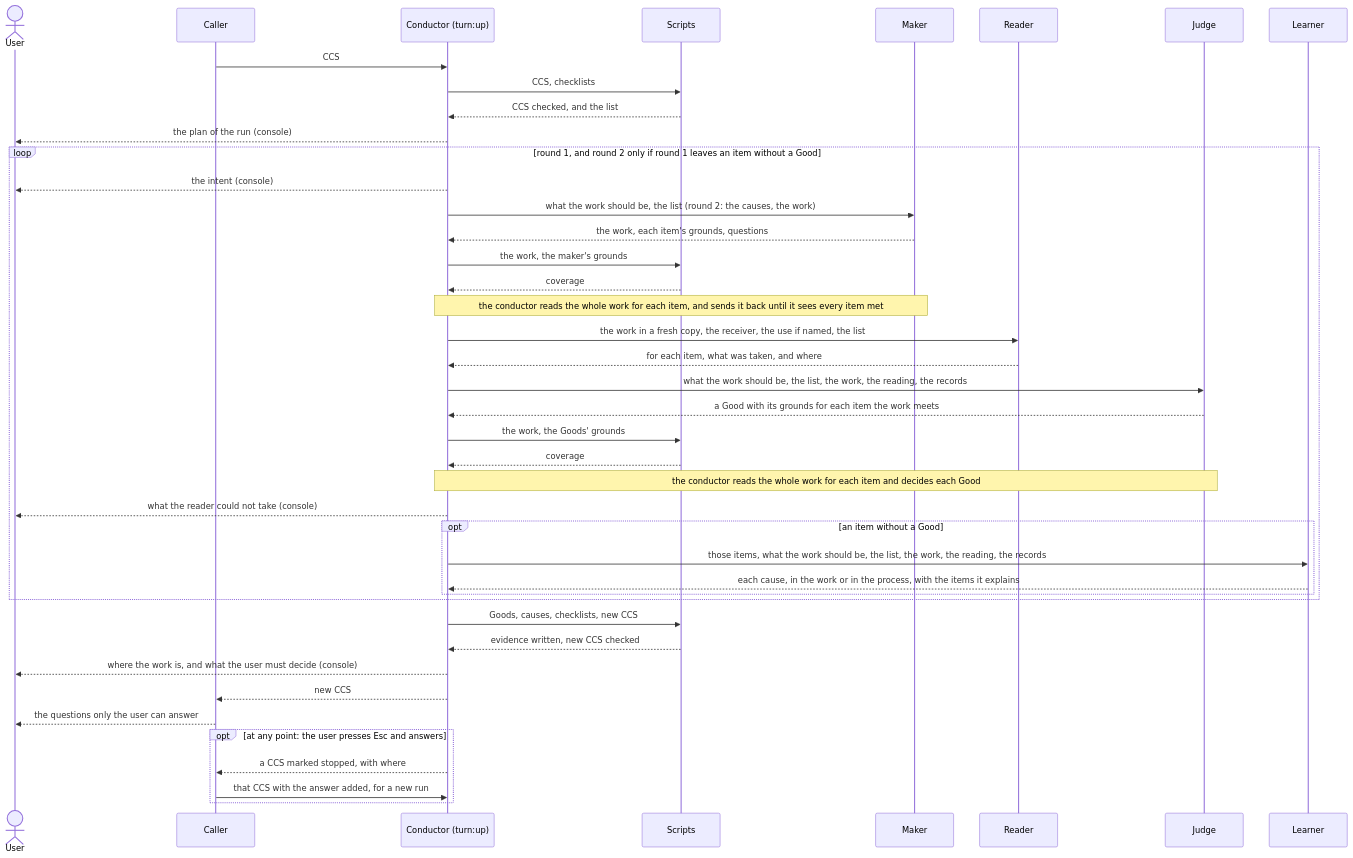
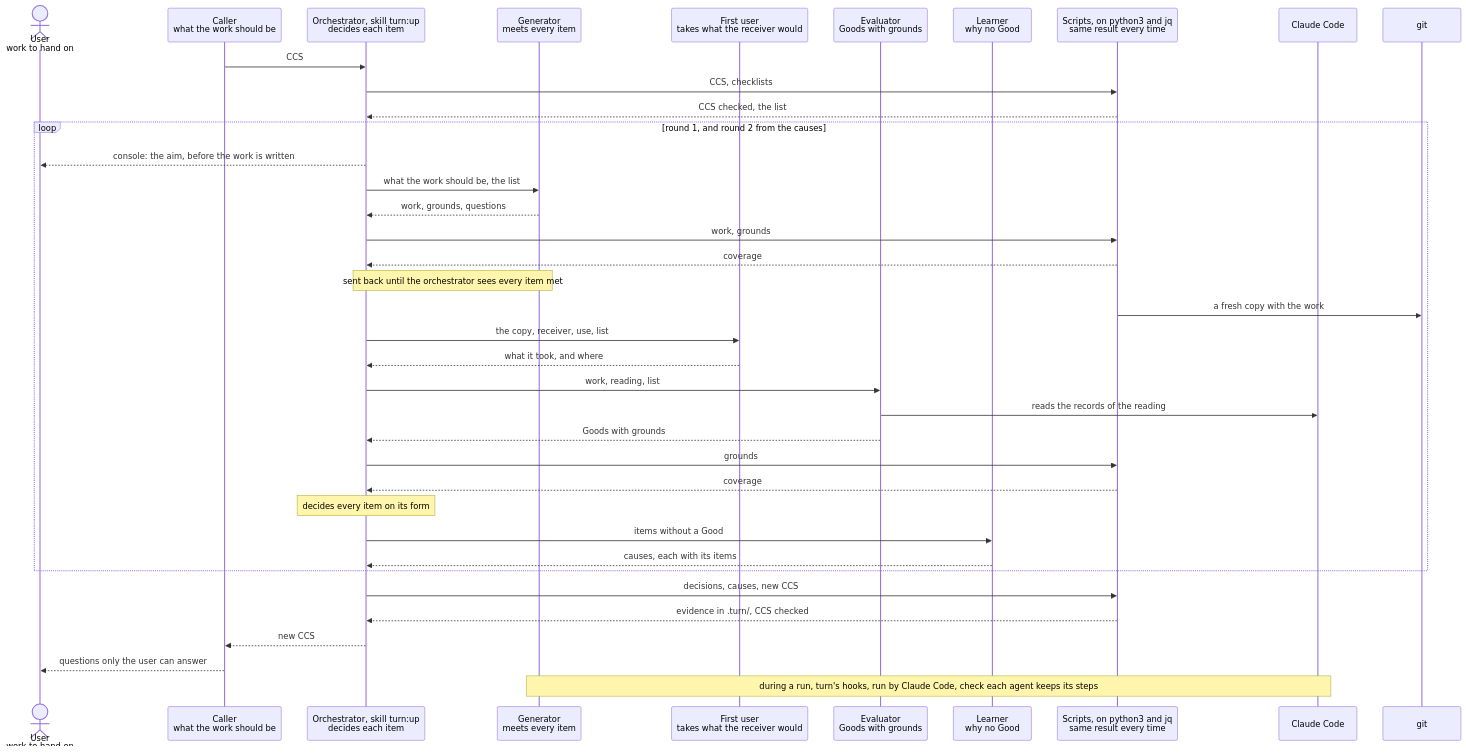
Before and after one commit to lovaizu/ccpm: the diagram in dev/turn/design.md, drawn with Mermaid. The commit also changed other lines of this file and 6 other files, not shown here.

First line of the commit message:
turn design written again from nothing; the orchestrator's forms for the design, README and callers' page

````diff
--- a/dev/turn/design.md
+++ b/dev/turn/design.md
@@ -230,44 +159,40 @@
 ```mermaid
 sequenceDiagram
-  actor U as User
-  participant C as Caller
-  participant O as Conductor (turn:up)
-  participant S as Scripts
-  participant M as Maker
-  participant R as Reader
-  participant J as Judge
-  participant L as Learner
+  actor U as User<br/>work to hand on
+  participant C as Caller<br/>what the work should be
+  participant O as Orchestrator, skill turn:up<br/>decides each item
+  participant G as Generator<br/>meets every item
+  participant F as First user<br/>takes what the receiver would
+  participant E as Evaluator<br/>Goods with grounds
+  participant L as Learner<br/>why no Good
+  participant S as Scripts, on python3 and jq<br/>same result every time
+  participant CC as Claude Code
+  participant GIT as git
   C->>O: CCS
   O->>S: CCS, checklists
-  S-->>O: CCS checked, and the list
-  O-->>U: the plan of the run (console)
-  loop round 1, and round 2 only if round 1 leaves an item without a Good
-    O-->>U: the intent (console)
-    O->>M: what the work should be, the list (round 2: the causes, the work)
-    M-->>O: the work, each item's grounds, questions
-    O->>S: the work, the maker's grounds
+  S-->>O: CCS checked, the list
+  loop round 1, and round 2 from the causes
+    O-->>U: console: the aim, before the work is written
+    O->>G: what the work should be, the list
+    G-->>O: work, grounds, questions
+    O->>S: work, grounds
     S-->>O: coverage
-    Note over O,M: the conductor reads the whole work for each item, and sends it back until it sees every item met
-    O->>R: the work in a fresh copy, the receiver, the use if named, the list
-    R-->>O: for each item, what was taken, and where
-    O->>J: what the work should be, the list, the work, the reading, the records
-    J-->>O: a Good with its grounds for each item the work meets
-    O->>S: the work, the Goods' grounds
+    Note over O,G: sent back until the orchestrator sees every item met
+    S->>GIT: a fresh copy with the work
+    O->>F: the copy, receiver, use, list
+    F-->>O: what it took, and where
+    O->>E: work, reading, list
+    E->>CC: reads the records of the reading
+    E-->>O: Goods with grounds
+    O->>S: grounds
     S-->>O: coverage
-    Note over O,J: the conductor reads the whole work for each item and decides each Good
-    O-->>U: what the reader could not take (console)
-    opt an item without a Good
-      O->>L: those items, what the work should be, the list, the work, the reading, the records
-      L-->>O: each cause, in the work or in the process, with the items it explains
-    end
+    Note over O: decides every item on its form
+    O->>L: items without a Good
+    L-->>O: causes, each with its items
   end
-  O->>S: Goods, causes, checklists, new CCS
-  S-->>O: evidence written, new CCS checked
-  O-->>U: where the work is, and what the user must decide (console)
+  O->>S: decisions, causes, new CCS
+  S-->>O: evidence in .turn/, CCS checked
   O-->>C: new CCS
-  C-->>U: the questions only the user can answer
-  opt at any point: the user presses Esc and answers
-    O-->>C: a CCS marked stopped, with where
-    C->>O: that CCS with the answer added, for a new run
-  end
+  C-->>U: questions only the user can answer
+  Note over G,CC: during a run, turn's hooks, run by Claude Code, check each agent keeps its steps
 ```
````
